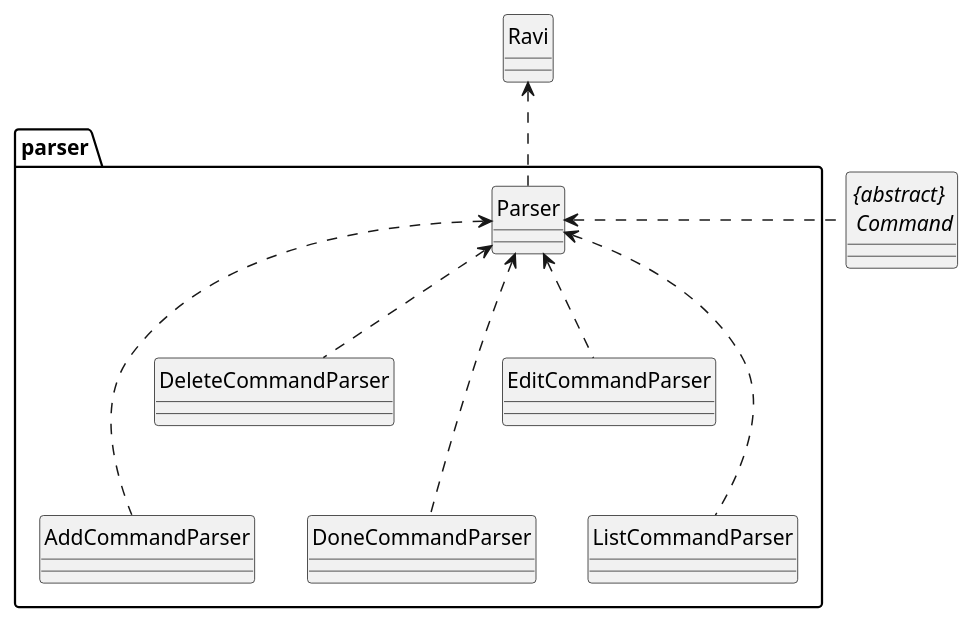
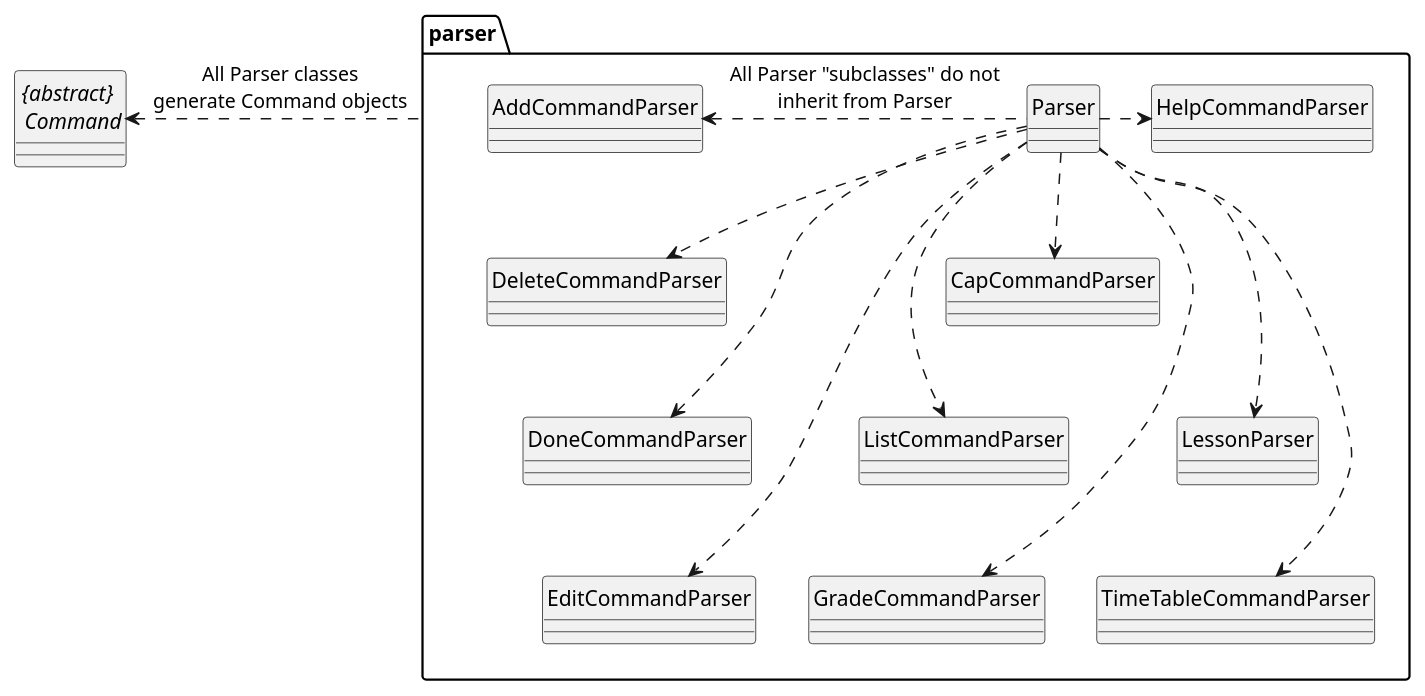
Before and after one commit to wangqinNick/tp: the diagram in docs/diagrams/UML/ParserClassDiagram.puml, drawn with PlantUML. The commit also changed 2 other files, not shown here.

```diff
--- a/docs/diagrams/UML/ParserClassDiagram.puml
+++ b/docs/diagrams/UML/ParserClassDiagram.puml
@@ -1,24 +1,33 @@
 @startuml
 
 hide circle
 skinparam classAttributeIconSize 0
 
-class Ravi
 abstract class "{abstract} \n Command"
 package parser {
     class Parser
     class AddCommandParser
     class DeleteCommandParser
     class DoneCommandParser
     class EditCommandParser
     class ListCommandParser
+    class CapCommandParser
+    class GradeCommandParser
+    class HelpCommandParser
+    class LessonParser
+    class TimeTableCommandParser
 }
-Ravi <.. Parser
-Parser <. "{abstract} \n Command"
-Parser <... AddCommandParser
-Parser <.. DeleteCommandParser
-Parser <... DoneCommandParser
-Parser <.. EditCommandParser
-Parser <... ListCommandParser
+parser .left.> "{abstract} \n Command" : All Parser classes\ngenerate Command objects
+
+Parser .left.> AddCommandParser :  All Parser "subclasses" do not\ninherit from Parser
+Parser .right.> HelpCommandParser
+Parser ..> DeleteCommandParser
+Parser ...> DoneCommandParser
+Parser ....> EditCommandParser
+Parser ...> ListCommandParser
+Parser ..> CapCommandParser
+Parser ....> GradeCommandParser
+Parser ...> LessonParser
+Parser ....> TimeTableCommandParser
 
 @enduml
```
